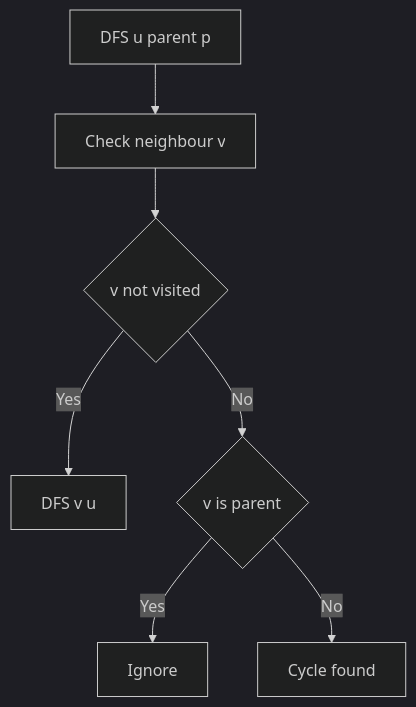
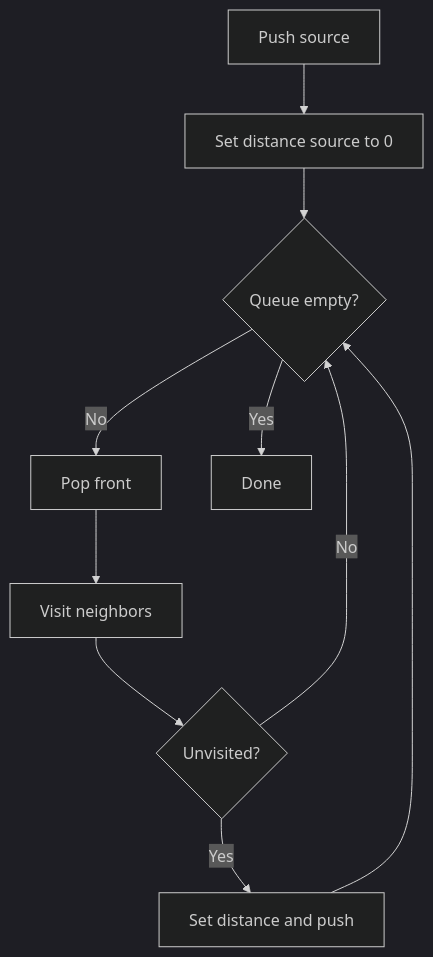
One commit to mthaiseer/springcloud-systemdesign-notes changed the ninth of 9 diagrams in CP_DSA_NOTES/001_TOPIC_WISE/007_GRAPH/007_GRAPH.md. Above: the diagram before and after it, drawn with Mermaid (dark theme). The commit also changed other lines of this file and 1 other file, not shown here.

````diff
--- a/CP_DSA_NOTES/001_TOPIC_WISE/007_GRAPH/007_GRAPH.md
+++ b/CP_DSA_NOTES/001_TOPIC_WISE/007_GRAPH/007_GRAPH.md
@@ -921,9 +452,12 @@
 ```mermaid
-flowchart TD
-    A[DFS u parent p] --> B[Check neighbour v]
-    B --> C{v not visited}
-    C -->|Yes| D[DFS v u]
-    C -->|No| E{v is parent}
-    E -->|Yes| F[Ignore]
-    E -->|No| G[Cycle found]
+graph TD
+    A[Push source] --> B[Set distance source to 0]
+    B --> C{Queue empty?}
+    C -->|No| D[Pop front]
+    D --> E[Visit neighbors]
+    E --> F{Unvisited?}
+    F -->|Yes| G[Set distance and push]
+    F -->|No| C
+    G --> C
+    C -->|Yes| H[Done]
 ```
````
